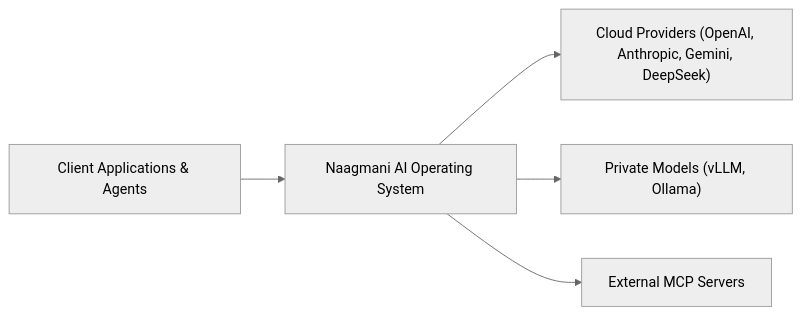
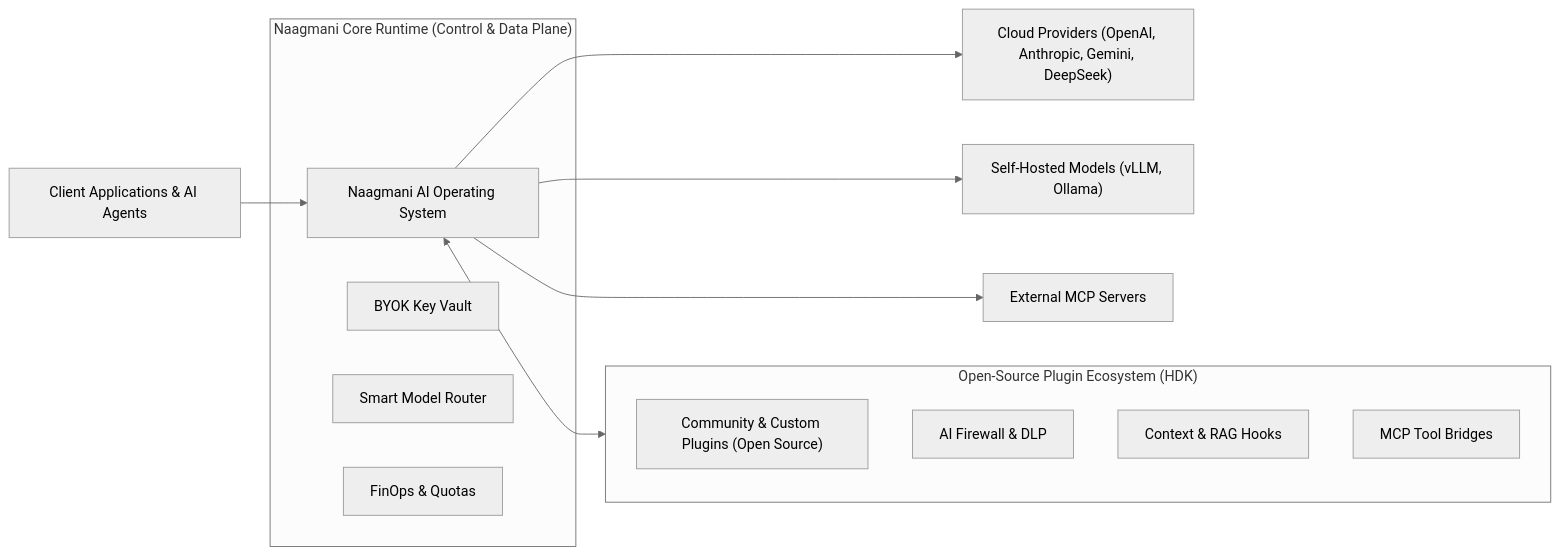
One commit to bhakha-services/naagmani-docs changed the first of 3 diagrams in docs/get-started/what-is-naagmani.md. Above: the diagram before and after it, drawn with Mermaid (neutral theme). The commit also changed other lines of this file and 3 other files, not shown here.

Commit message:
docs: clarify AI OS architecture with Android OS paradigm and open-source plugin ecosystem

````diff
--- a/docs/get-started/what-is-naagmani.md
+++ b/docs/get-started/what-is-naagmani.md
@@ -5,7 +7,23 @@
 ```mermaid
 graph LR
-    Client["Client Applications & Agents"] --> Naagmani["Naagmani AI Operating System"]
+    Client["Client Applications & AI Agents"] --> Naagmani["Naagmani AI Operating System"]
+    
+    subgraph CoreOS["Naagmani Core Runtime (Control & Data Plane)"]
+        Naagmani
+        Vault["BYOK Key Vault"]
+        Router["Smart Model Router"]
+        FinOps["FinOps & Quotas"]
+    end
+
+    subgraph OpenEcosystem["Open-Source Plugin Ecosystem (HDK)"]
+        Plugins["Community & Custom Plugins (Open Source)"]
+        Firewall["AI Firewall & DLP"]
+        RAG["Context & RAG Hooks"]
+        MCPConn["MCP Tool Bridges"]
+    end
+
+    Naagmani <--> OpenEcosystem
     Naagmani --> Cloud["Cloud Providers (OpenAI, Anthropic, Gemini, DeepSeek)"]
-    Naagmani --> Local["Private Models (vLLM, Ollama)"]
-    Naagmani --> MCP["External MCP Servers"]
+    Naagmani --> Local["Self-Hosted Models (vLLM, Ollama)"]
+    Naagmani --> MCPServers["External MCP Servers"]
 ```
````
